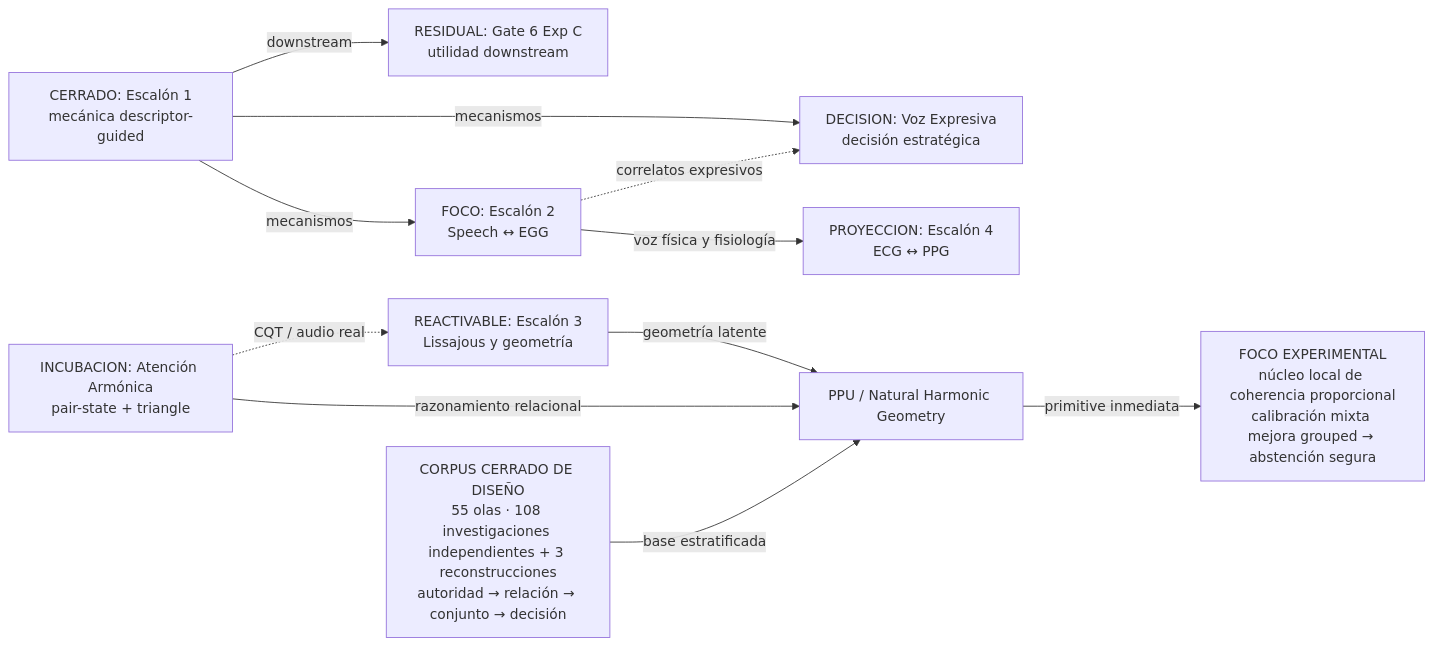
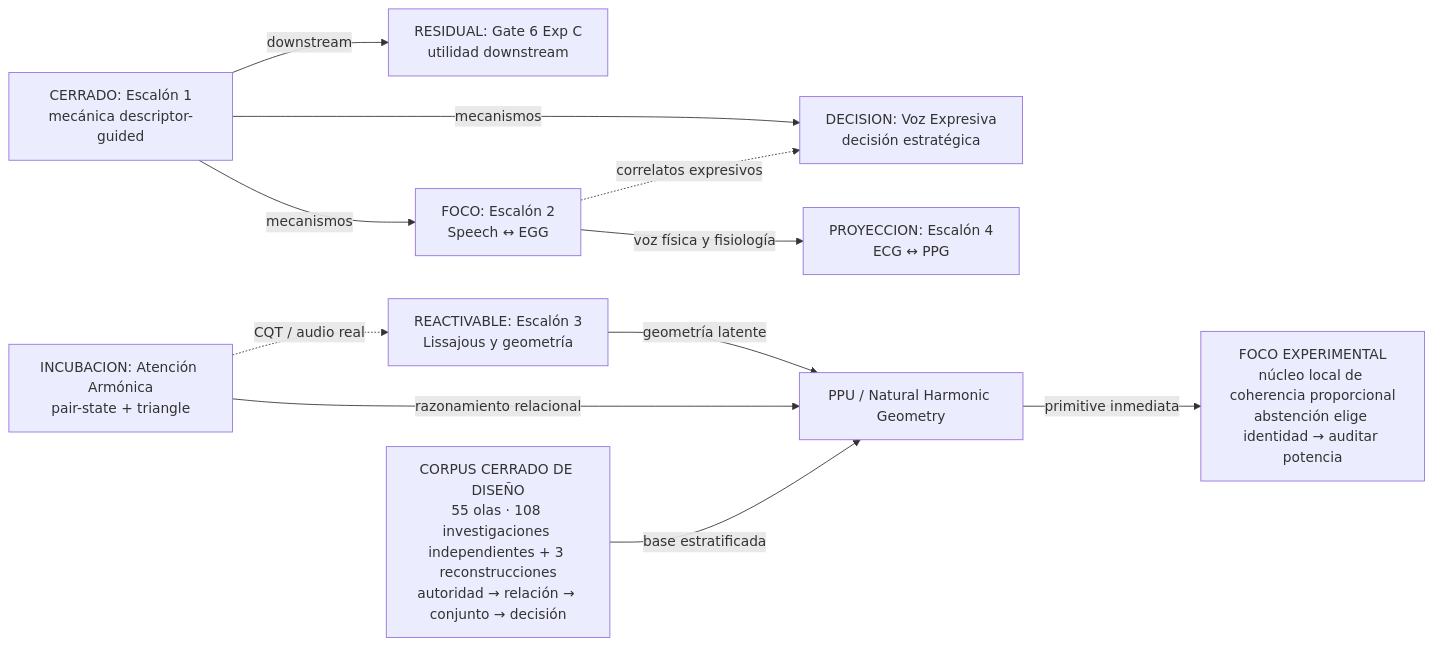
One commit to Mar-IA-no/Phideus changed the first of 2 diagrams in Documents/05_WIKI/MAPA_VISUAL_DEL_PROGRAMA.md. Above: the diagram before and after it, drawn with Mermaid. The commit also changed other lines of this file and 10 other files, not shown here.

````diff
--- a/Documents/05_WIKI/MAPA_VISUAL_DEL_PROGRAMA.md
+++ b/Documents/05_WIKI/MAPA_VISUAL_DEL_PROGRAMA.md
@@ -43,24 +43,24 @@
 ```mermaid
 flowchart LR
     E1["CERRADO: Escalón 1<br/>mecánica descriptor-guided"]
     G6["RESIDUAL: Gate 6 Exp C<br/>utilidad downstream"]
     E2["FOCO: Escalón 2<br/>Speech ↔ EGG"]
     VE["DECISION: Voz Expresiva<br/>decisión estratégica"]
     E3["REACTIVABLE: Escalón 3<br/>Lissajous y geometría"]
     AA["INCUBACION: Atención Armónica<br/>pair-state + triangle"]
     E4["PROYECCION: Escalón 4<br/>ECG ↔ PPG"]
     PPU["PPU / Natural Harmonic Geometry"]
     GT["CORPUS CERRADO DE DISEÑO<br/>55 olas · 108 investigaciones independientes + 3 reconstrucciones<br/>autoridad → relación → conjunto → decisión"]
-    NCP["FOCO EXPERIMENTAL<br/>núcleo local de coherencia proporcional<br/>calibración mixta mejora grouped → abstención segura"]
+    NCP["FOCO EXPERIMENTAL<br/>núcleo local de coherencia proporcional<br/>abstención elige identidad → auditar potencia"]
 
     E1 -->|mecanismos| E2
     E1 -->|mecanismos| VE
     E1 -->|downstream| G6
     E2 -->|voz física y fisiología| E4
     E2 -.->|correlatos expresivos| VE
     E3 -->|geometría latente| PPU
     AA -->|razonamiento relacional| PPU
     GT -->|base estratificada| PPU
     PPU -->|primitive inmediata| NCP
     AA -.->|CQT / audio real| E3
 ```
````
